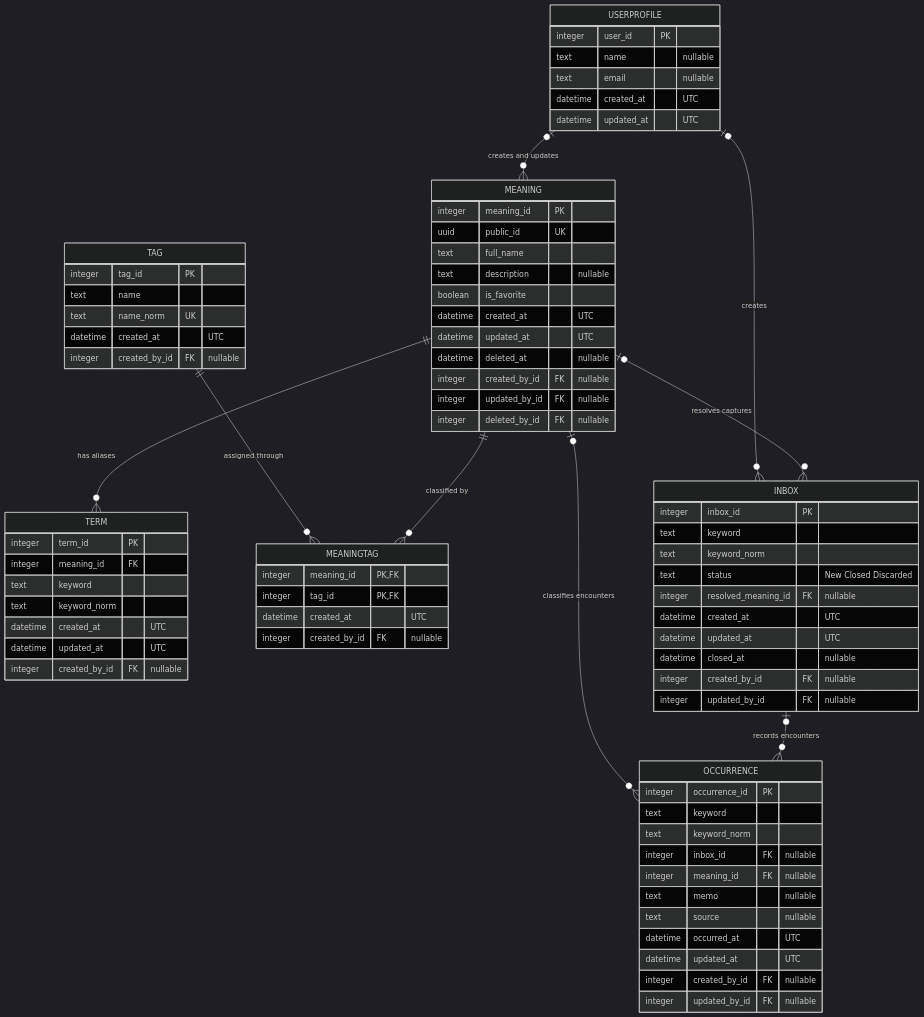
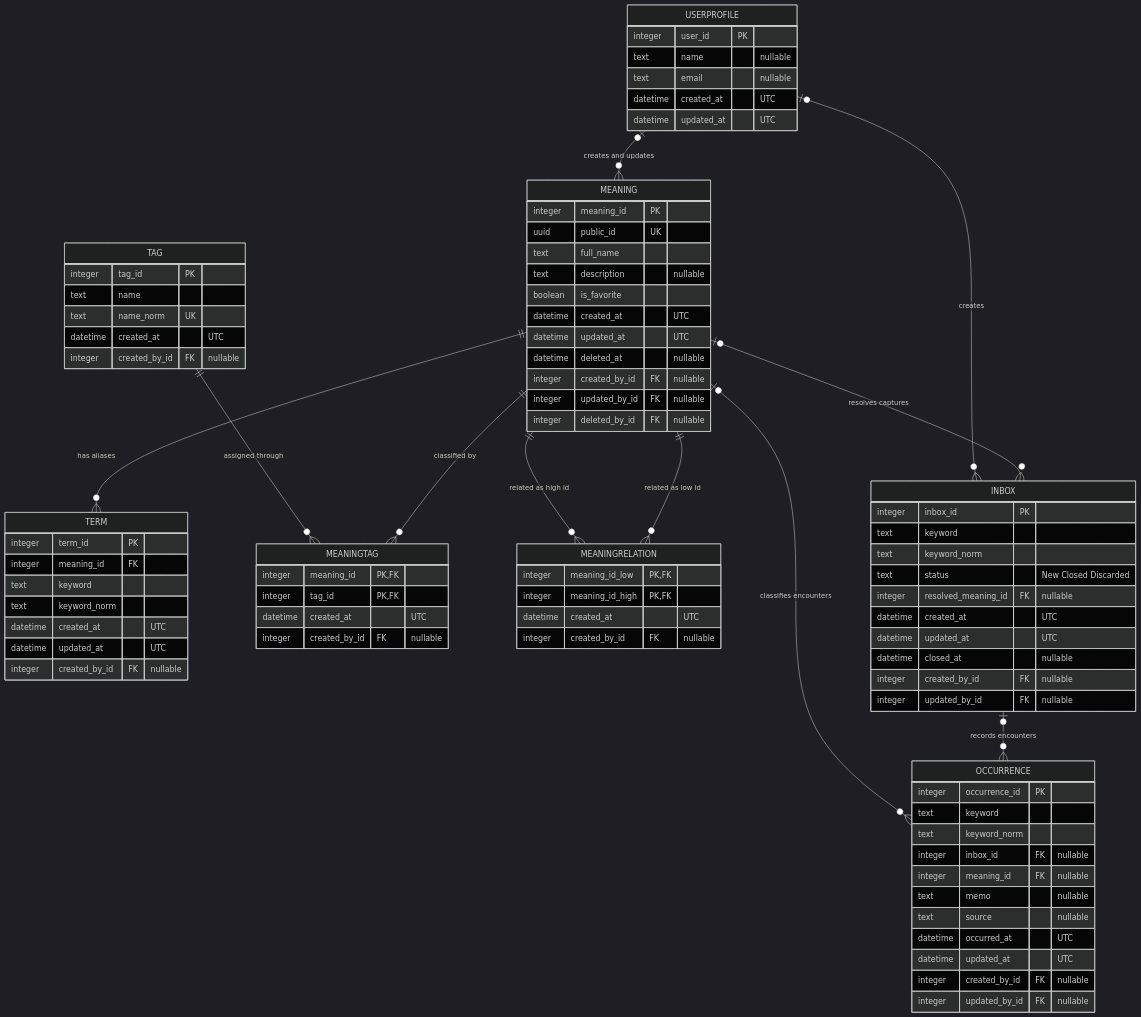
The first of 2 diagrams in docs/003_domain_model.md (niikei/TermKeeper), drawn with Mermaid (dark theme) before and after one commit. The commit also changed other lines of this file and 12 other files, not shown here.

```diff
--- a/docs/003_domain_model.md
+++ b/docs/003_domain_model.md
@@ -16,6 +16,8 @@
 
     MEANING ||--o{ TERM : "has aliases"
     MEANING ||--o{ MEANINGTAG : "classified by"
+    MEANING ||--o{ MEANINGRELATION : "related as low id"
+    MEANING ||--o{ MEANINGRELATION : "related as high id"
     TAG ||--o{ MEANINGTAG : "assigned through"
     MEANING o|--o{ INBOX : "resolves captures"
     INBOX o|--o{ OCCURRENCE : "records encounters"
@@ -70,6 +72,13 @@
         integer created_by_id FK "nullable"
     }
 
+    MEANINGRELATION {
+        integer meaning_id_low PK, FK
+        integer meaning_id_high PK, FK
+        datetime created_at "UTC"
+        integer created_by_id FK "nullable"
+    }
+
     INBOX {
         integer inbox_id PK
         text keyword
```
